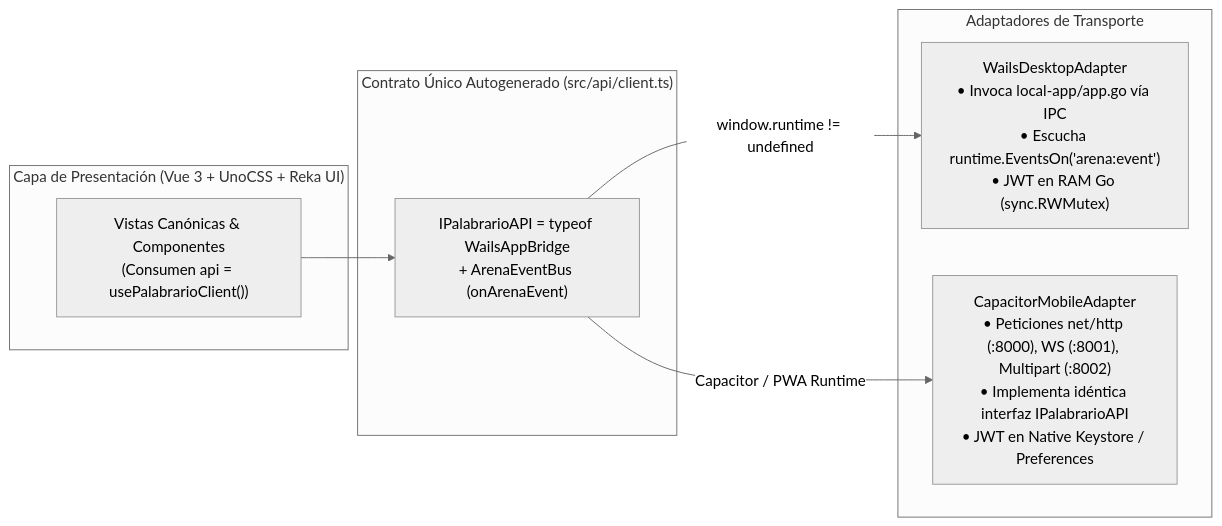
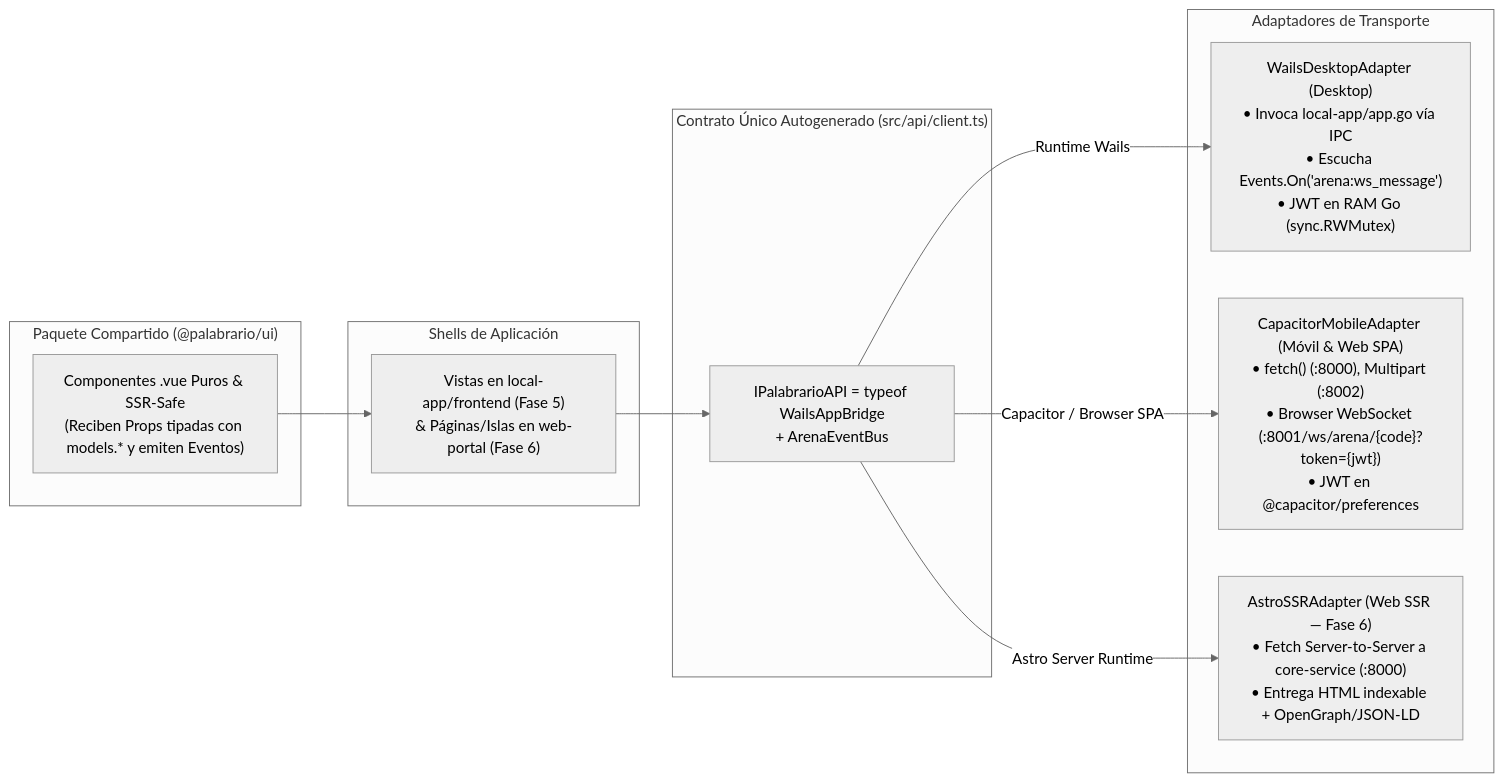
One commit to OGShawnLee/palabrario changed the first of 2 diagrams in .context/UI_SPECIFICATION.md. Above: the diagram before and after it, drawn with Mermaid (neutral theme). The commit also changed other lines of this file and 4 other files, not shown here.

Commit message:
docs(arch): formalize @palabrario/ui monorepo, @bindings alias and Phase 6 web roadmap

````diff
--- a/.context/UI_SPECIFICATION.md
+++ b/.context/UI_SPECIFICATION.md
@@ -53,19 +94,26 @@
 ```mermaid
 flowchart LR
-    subgraph VueLayer["Capa de Presentación (Vue 3 + UnoCSS + Reka UI)"]
-        Views["Vistas Canónicas & Componentes\n(Consumen api = usePalabrarioClient())"]
+    subgraph SharedPkg["Paquete Compartido (@palabrario/ui)"]
+        UIComps["Componentes .vue Puros & SSR-Safe\n(Reciben Props tipadas con models.* y emiten Eventos)"]
+    end
+
+    subgraph Shells["Shells de Aplicación"]
+        Views["Vistas en local-app/frontend (Fase 5)\n& Páginas/Islas en web-portal (Fase 6)"]
     end
 
     subgraph ContractLayer["Contrato Único Autogenerado (src/api/client.ts)"]
-        API["IPalabrarioAPI = typeof WailsAppBridge\n+ ArenaEventBus (onArenaEvent)"]
+        API["IPalabrarioAPI = typeof WailsAppBridge\n+ ArenaEventBus"]
     end
 
     subgraph Adapters["Adaptadores de Transporte"]
-        WailsAdp["WailsDesktopAdapter\n• Invoca local-app/app.go vía IPC\n• Escucha runtime.EventsOn('arena:event')\n• JWT en RAM Go (sync.RWMutex)"]
-        CapAdp["CapacitorMobileAdapter\n• Peticiones net/http (:8000), WS (:8001), Multipart (:8002)\n• Implementa idéntica interfaz IPalabrarioAPI\n• JWT en Native Keystore / Preferences"]
+        WailsAdp["WailsDesktopAdapter (Desktop)\n• Invoca local-app/app.go vía IPC\n• Escucha Events.On('arena:ws_message')\n• JWT en RAM Go (sync.RWMutex)"]
+        CapAdp["CapacitorMobileAdapter (Móvil & Web SPA)\n• fetch() (:8000), Multipart (:8002)\n• Browser WebSocket (:8001/ws/arena/{code}?token={jwt})\n• JWT en @capacitor/preferences"]
+        AstroAdp["AstroSSRAdapter (Web SSR — Fase 6)\n• Fetch Server-to-Server a core-service (:8000)\n• Entrega HTML indexable + OpenGraph/JSON-LD"]
     end
 
+    UIComps --> Views
     Views --> API
-    API -->|"window.runtime != undefined"| WailsAdp
-    API -->|"Capacitor / PWA Runtime"| CapAdp
+    API -->|"Runtime Wails"| WailsAdp
+    API -->|"Capacitor / Browser SPA"| CapAdp
+    API -->|"Astro Server Runtime"| AstroAdp
 ```
````
